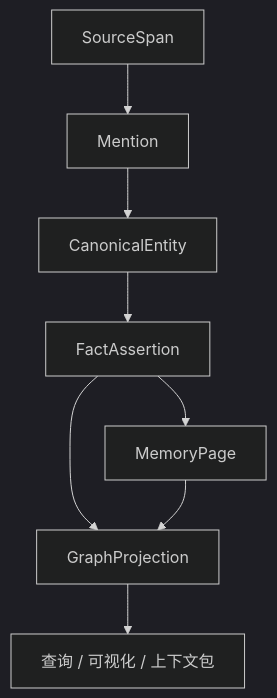
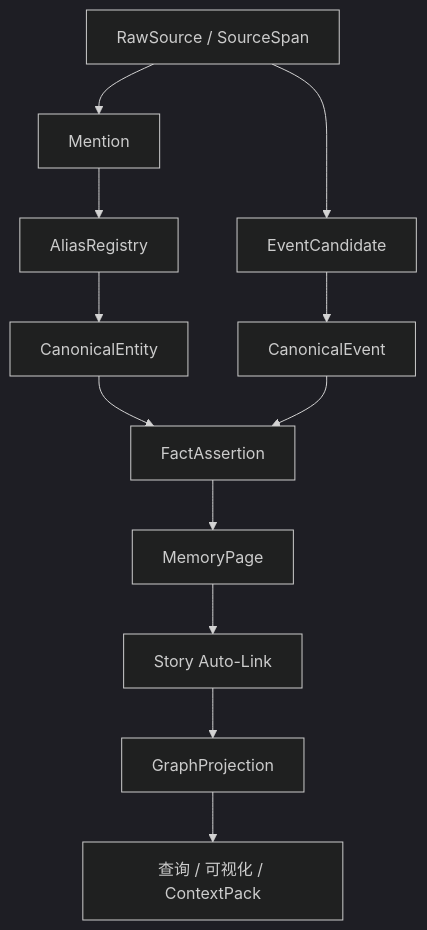
The first of 4 diagrams in goals/08-graph-projection.md (FrankQDWang/sextantlabs), drawn with Mermaid (dark theme) before and after one commit. The commit also changed other lines of this file and 16 other files, not shown here.

````diff
--- a/goals/08-graph-projection.md
+++ b/goals/08-graph-projection.md
@@ -7,10 +9,14 @@
 ```mermaid
 flowchart TD
-    A[SourceSpan] --> B[Mention]
-    B --> C[CanonicalEntity]
-    C --> D[FactAssertion]
-    D --> E[MemoryPage]
-    D --> F[GraphProjection]
-    E --> F
-    F --> G[查询 / 可视化 / 上下文包]
+    A[RawSource / SourceSpan] --> B[Mention]
+    B --> C[AliasRegistry]
+    C --> D[CanonicalEntity]
+    A --> E[EventCandidate]
+    E --> F[CanonicalEvent]
+    D --> G[FactAssertion]
+    F --> G
+    G --> H[MemoryPage]
+    H --> I[Story Auto-Link]
+    I --> J[GraphProjection]
+    J --> K[查询 / 可视化 / ContextPack]
 ```
````
